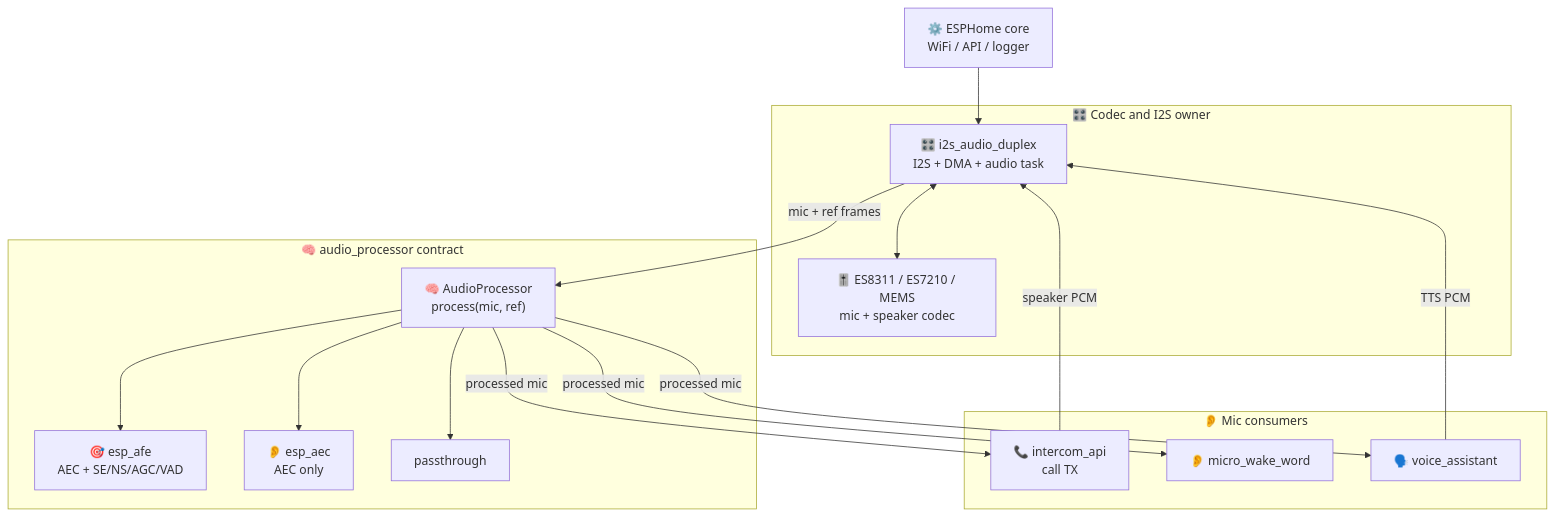
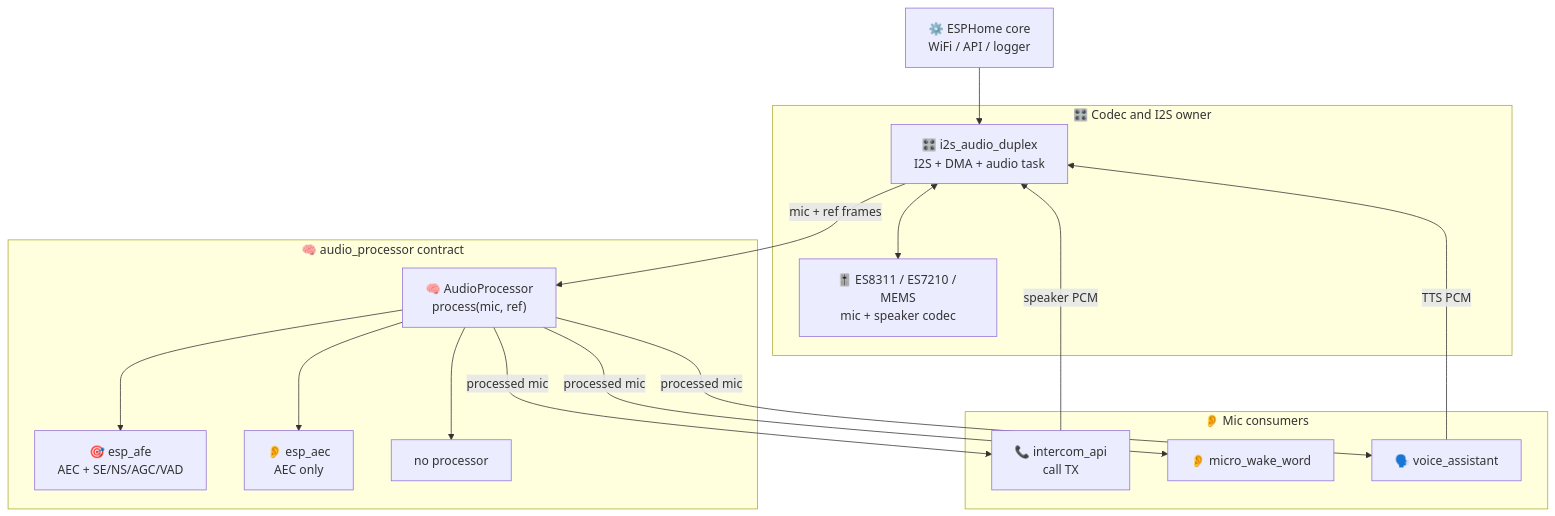
One commit to csfrussa/esphome-intercom changed the second of 3 diagrams in docs/ARCHITECTURE.md. Above: the diagram before and after it, drawn with Mermaid. The commit also changed other lines of this file and 7 other files, not shown here.

````diff
--- a/docs/ARCHITECTURE.md
+++ b/docs/ARCHITECTURE.md
@@ -39,34 +39,34 @@
 ```mermaid
 flowchart TD
     Core["⚙️ ESPHome core<br/>WiFi / API / logger"]
 
     subgraph IO["🎛️ Codec and I2S owner"]
         Duplex["🎛️ i2s_audio_duplex<br/>I2S + DMA + audio task"]
         Codec["🎚️ ES8311 / ES7210 / MEMS<br/>mic + speaker codec"]
     end
 
     subgraph Proc["🧠 audio_processor contract"]
         Contract["🧠 AudioProcessor<br/>process(mic, ref)"]
         AFE["🎯 esp_afe<br/>AEC + SE/NS/AGC/VAD"]
         AEC["👂 esp_aec<br/>AEC only"]
-        Pass["passthrough"]
+        NoProc["no processor"]
     end
 
     subgraph Consumers["👂 Mic consumers"]
         Intercom["📞 intercom_api<br/>call TX"]
         MWW["👂 micro_wake_word"]
         VA["🗣️ voice_assistant"]
     end
 
     Core --> Duplex
     Duplex <--> Codec
     Duplex -->|"mic + ref frames"| Contract
     Contract --> AFE
     Contract --> AEC
-    Contract --> Pass
+    Contract --> NoProc
     Contract -->|"processed mic"| Intercom
     Contract -->|"processed mic"| MWW
     Contract -->|"processed mic"| VA
     Intercom -->|"speaker PCM"| Duplex
     VA -->|"TTS PCM"| Duplex
 ```
````
